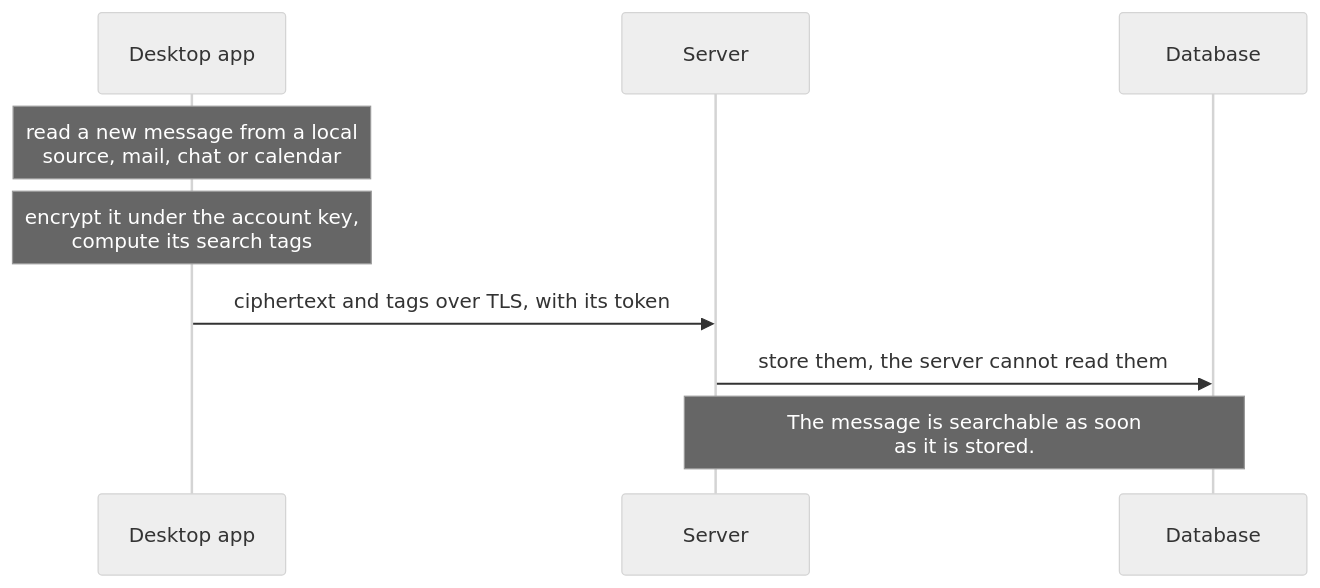
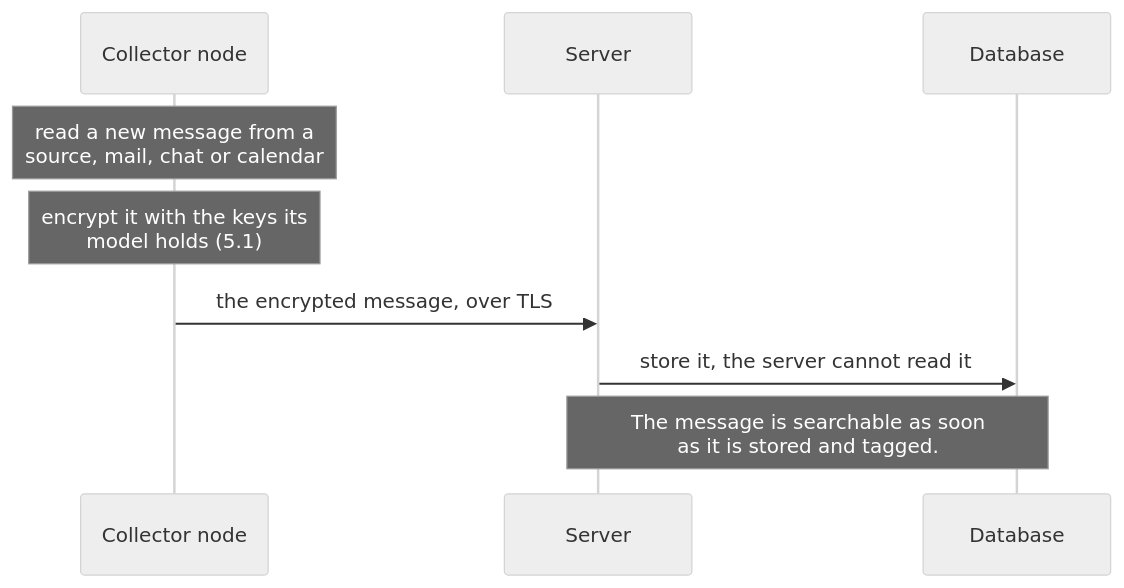
Before and after one commit to ajs-consult-llc/mirror-encryption-rfc: the diagram in diagrams/collect-and-push-4-parties.mmd, drawn with Mermaid (neutral theme). The commit also changed 34 other files, not shown here.

```diff
--- a/diagrams/collect-and-push-4-parties.mmd
+++ b/diagrams/collect-and-push-4-parties.mmd
@@ -1,11 +1,11 @@
 sequenceDiagram
-  accTitle: Messages are encrypted on the desktop before they leave it
-  accDescr: Collect and push. The desktop app reads a new message from a local source, such as mail, chat or calendar. It encrypts the message under the account key and computes its search tags. It sends the ciphertext and tags to the server over TLS, with its token. The server stores them and cannot read them. The message is searchable as soon as it is stored.
-  participant D as Desktop app
+  accTitle: Messages are encrypted on the collector node before they leave it
+  accDescr: Collect and push. The collector node reads a new message from a source, such as mail, chat or calendar. It encrypts the message with the keys its model holds (5.1). It sends the encrypted message to the server over TLS. The server stores it and cannot read it. The message is searchable as soon as it is stored and tagged.
+  participant C as Collector node
   participant S as Server
   participant DB as Database
-  Note over D: read a new message from a local<br/>source, mail, chat or calendar
-  Note over D: encrypt it under the account key,<br/>compute its search tags
-  D->>S: ciphertext and tags over TLS, with its token
-  S->>DB: store them, the server cannot read them
-  Note over S,DB: The message is searchable as soon<br/>as it is stored.
+  Note over C: read a new message from a<br/>source, mail, chat or calendar
+  Note over C: encrypt it with the keys its<br/>model holds (5.1)
+  C->>S: the encrypted message, over TLS
+  S->>DB: store it, the server cannot read it
+  Note over S,DB: The message is searchable as soon<br/>as it is stored and tagged.
```
